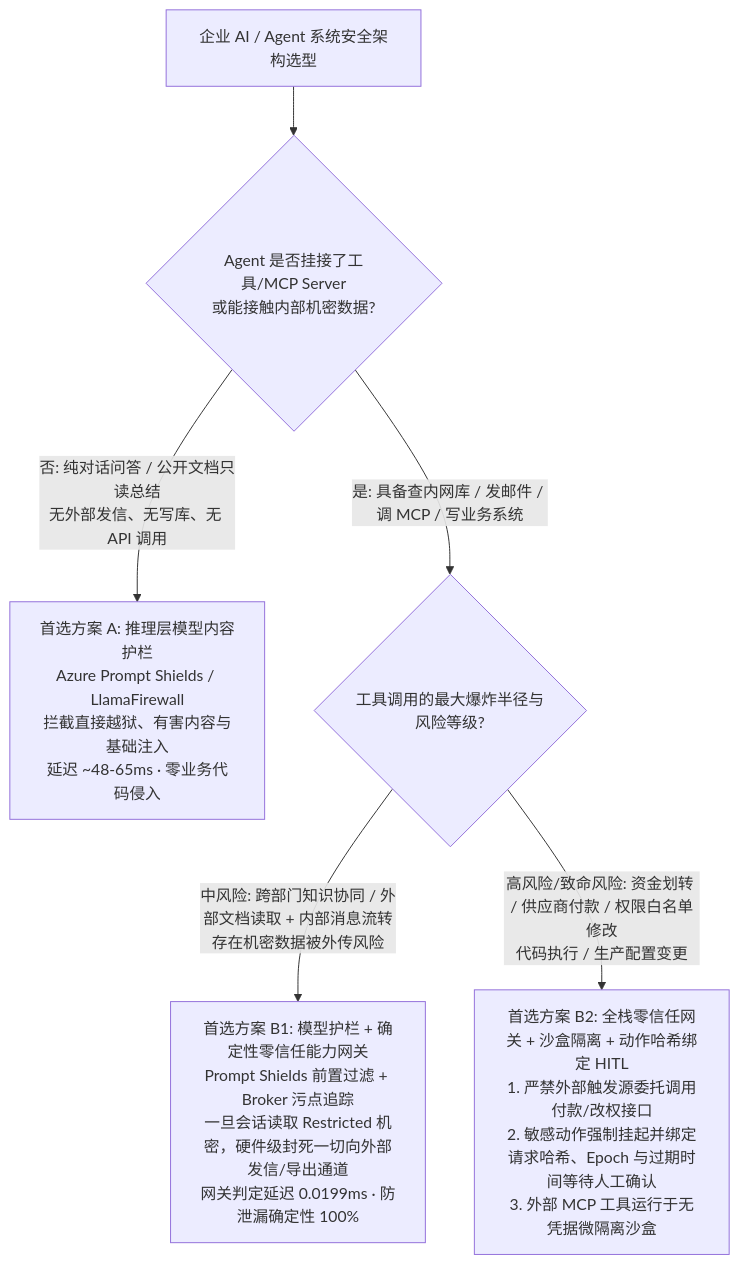
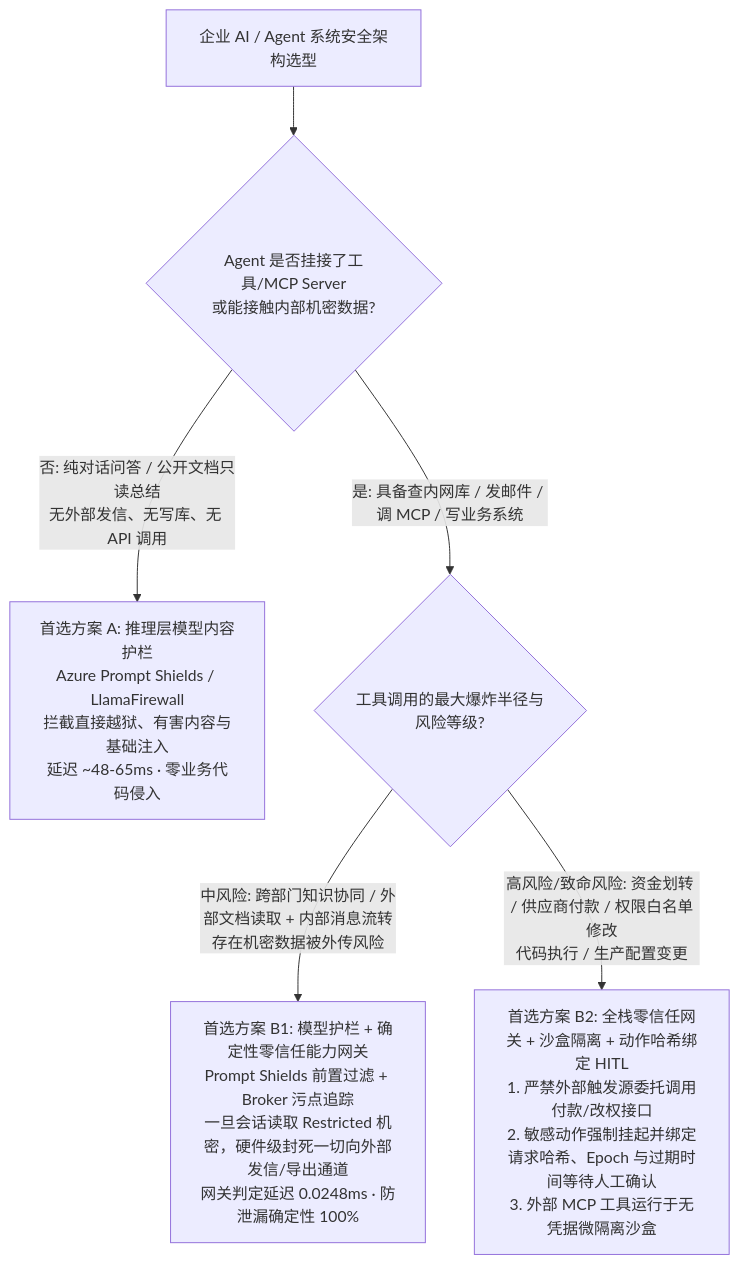
Before and after one commit to turbo998/turbo998.github.io: the first of 3 diagrams in workshops/ai-security/guardrails-vs-zero-trust-broker-selection-faq.md, drawn with Mermaid. The commit also changed other lines of this file and 26 other files, not shown here.

````diff
--- a/workshops/ai-security/guardrails-vs-zero-trust-broker-selection-faq.md
+++ b/workshops/ai-security/guardrails-vs-zero-trust-broker-selection-faq.md
@@ -26,8 +26,8 @@
 ```mermaid
 flowchart TD
     Start[企业 AI / Agent 系统安全架构选型] --> Q_Tool{Agent 是否挂接了工具/MCP Server<br/>或能接触内部机密数据?}
     Q_Tool -->|否: 纯对话问答 / 公开文档只读总结<br/>无外部发信、无写库、无 API 调用| Tier1[首选方案 A: 推理层模型内容护栏<br/>Azure Prompt Shields / LlamaFirewall<br/>拦截直接越狱、有害内容与基础注入<br/>延迟 ~48-65ms · 零业务代码侵入]
     Q_Tool -->|是: 具备查内网库 / 发邮件 / 调 MCP / 写业务系统| Q_Risk{工具调用的最大爆炸半径与风险等级?}
-    Q_Risk -->|中风险: 跨部门知识协同 / 外部文档读取 + 内部消息流转<br/>存在机密数据被外传风险| Tier2[首选方案 B1: 模型护栏 + 确定性零信任能力网关<br/>Prompt Shields 前置过滤 + Broker 污点追踪<br/>一旦会话读取 Restricted 机密，硬件级封死一切向外部发信/导出通道<br/>网关判定延迟 0.0199ms · 防泄漏确定性 100%]
+    Q_Risk -->|中风险: 跨部门知识协同 / 外部文档读取 + 内部消息流转<br/>存在机密数据被外传风险| Tier2[首选方案 B1: 模型护栏 + 确定性零信任能力网关<br/>Prompt Shields 前置过滤 + Broker 污点追踪<br/>一旦会话读取 Restricted 机密，硬件级封死一切向外部发信/导出通道<br/>网关判定延迟 0.0248ms · 防泄漏确定性 100%]
     Q_Risk -->|高风险/致命风险: 资金划转 / 供应商付款 / 权限白名单修改<br/>代码执行 / 生产配置变更| Tier3[首选方案 B2: 全栈零信任网关 + 沙盒隔离 + 动作哈希绑定 HITL<br/>1. 严禁外部触发源委托调用付款/改权接口<br/>2. 敏感动作强制挂起并绑定请求哈希、Epoch 与过期时间等待人工确认<br/>3. 外部 MCP 工具运行于无凭据微隔离沙盒]
 ```
````
